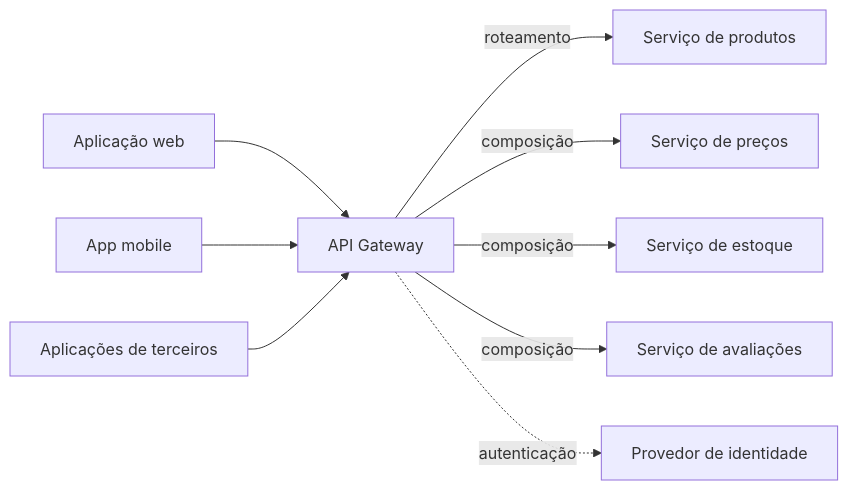
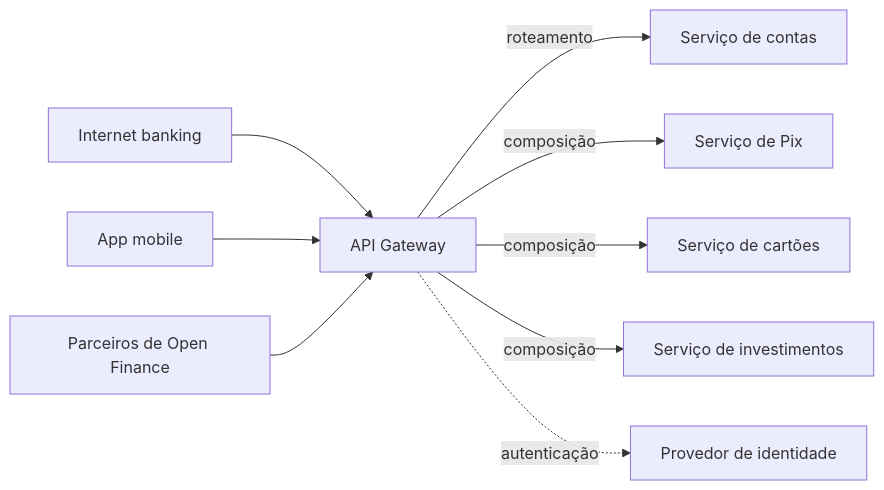
One commit to alancesar/design-patterns changed the diagram in docs/architecture/microservices/external-api/api-gateway.md. Above: the diagram before and after it, drawn with Mermaid. The commit also changed other lines of this file and 27 other files, not shown here.

Commit message:
Switch microservices concrete diagrams to fintech scenarios

````diff
--- a/docs/architecture/microservices/external-api/api-gateway.md
+++ b/docs/architecture/microservices/external-api/api-gateway.md
@@ -61,11 +61,11 @@
 ```mermaid
 flowchart LR
-    W["Aplicação web"] --> G["API Gateway"]
+    W["Internet banking"] --> G["API Gateway"]
     M["App mobile"] --> G
-    T["Aplicações de terceiros"] --> G
-    G -->|"roteamento"| S1["Serviço de produtos"]
-    G -->|"composição"| S2["Serviço de preços"]
-    G -->|"composição"| S3["Serviço de estoque"]
-    G -->|"composição"| S4["Serviço de avaliações"]
+    T["Parceiros de Open Finance"] --> G
+    G -->|"roteamento"| S1["Serviço de contas"]
+    G -->|"composição"| S2["Serviço de Pix"]
+    G -->|"composição"| S3["Serviço de cartões"]
+    G -->|"composição"| S4["Serviço de investimentos"]
     G -.->|"autenticação"| A["Provedor de identidade"]
 ```
````
